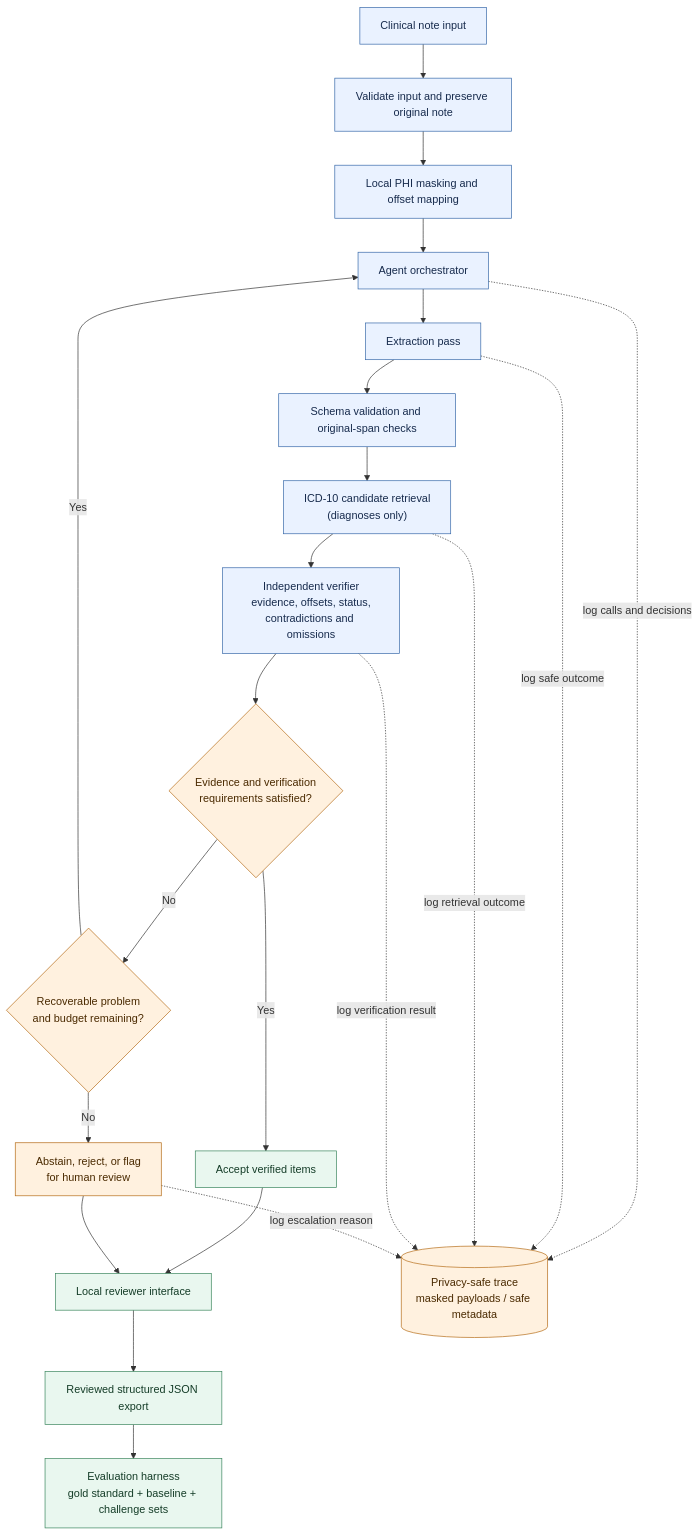
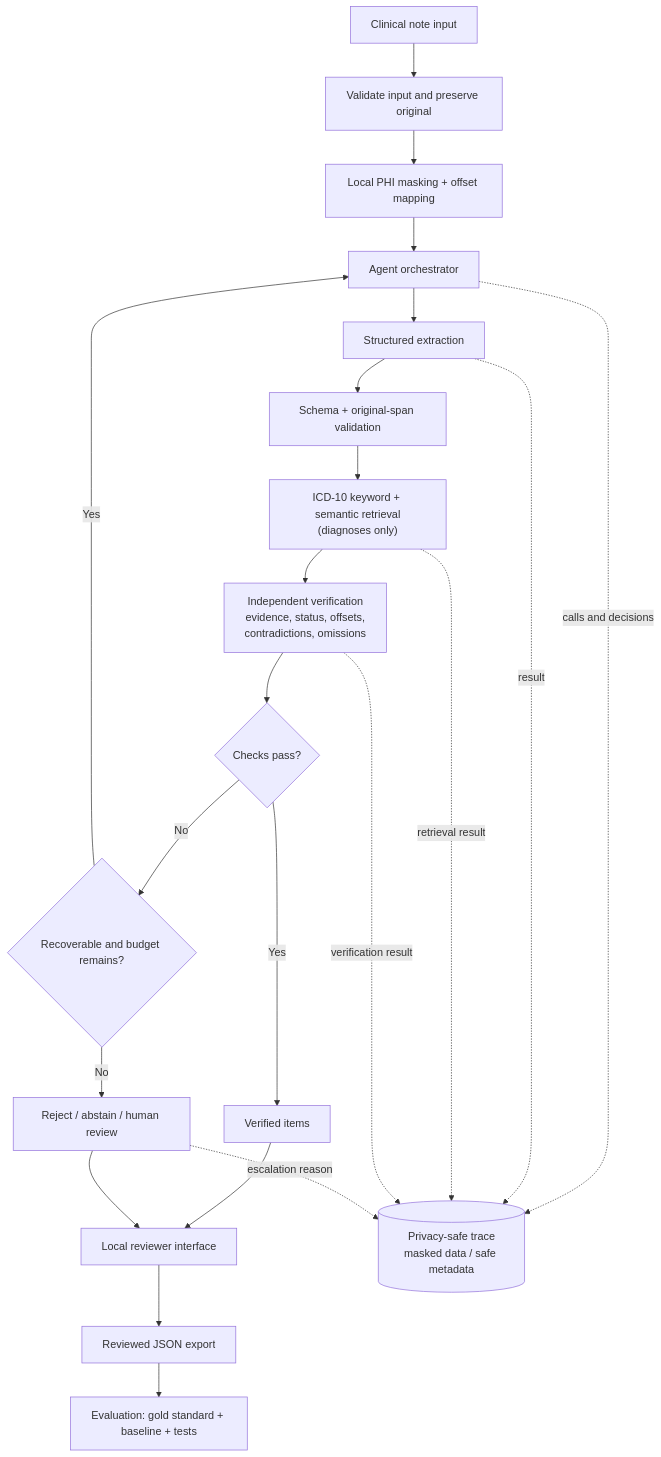
One commit to krupashetty004/clinical-note-extraction-agent changed the diagram in docs/architecture.md. Above: the diagram before and after it, drawn with Mermaid. The commit also changed other lines of this file, not shown here.

Commit message:
Trim combined architecture submission to essential requirements

````diff
--- a/docs/architecture.md
+++ b/docs/architecture.md
@@ -40,38 +34,26 @@
 ```mermaid
 flowchart TD
-    A["Clinical note input"] --> B["Validate input and preserve original note"]
-    B --> C["Local PHI masking and offset mapping"]
+    A["Clinical note input"] --> B["Validate input and preserve original"]
+    B --> C["Local PHI masking + offset mapping"]
     C --> O["Agent orchestrator"]
-
-    O --> E["Extraction pass"]
-    E --> S["Schema validation and original-span checks"]
-    S --> R["ICD-10 candidate retrieval<br/>(diagnoses only)"]
-    R --> V["Independent verifier<br/>evidence, offsets, status,<br/>contradictions and omissions"]
-
-    V --> D{"Evidence and verification<br/>requirements satisfied?"}
-    D -->|Yes| AC["Accept verified items"]
-    D -->|No| RET{"Recoverable problem<br/>and budget remaining?"}
-    RET -->|Yes| O
-    RET -->|No| H["Abstain, reject, or flag<br/>for human review"]
-
+    O --> E["Structured extraction"]
+    E --> S["Schema + original-span validation"]
+    S --> R["ICD-10 keyword + semantic retrieval<br/>(diagnoses only)"]
+    R --> V["Independent verification<br/>evidence, status, offsets,<br/>contradictions, omissions"]
+    V --> D{"Checks pass?"}
+    D -->|Yes| AC["Verified items"]
+    D -->|No| X{"Recoverable and budget remains?"}
+    X -->|Yes| O
+    X -->|No| H["Reject / abstain / human review"]
     AC --> UI["Local reviewer interface"]
     H --> UI
-    UI --> OUT["Reviewed structured JSON export"]
+    UI --> J["Reviewed JSON export"]
+    J --> G["Evaluation: gold standard + baseline + tests"]
 
-    T[("Privacy-safe trace<br/>masked payloads / safe metadata")]
-    O -. "log calls and decisions" .-> T
-    E -. "log safe outcome" .-> T
-    R -. "log retrieval outcome" .-> T
-    V -. "log verification result" .-> T
-    H -. "log escalation reason" .-> T
-
-    G["Evaluation harness<br/>gold standard + baseline + challenge sets"]
-    OUT --> G
-
-    classDef primary fill:#eaf2ff,stroke:#3567a8,color:#172b4d;
-    classDef safety fill:#fff1df,stroke:#b46a15,color:#4a2a00;
-    classDef result fill:#e9f7ef,stroke:#38845b,color:#153d28;
-    class A,B,C,O,E,S,R,V primary;
-    class D,RET,H,T safety;
-    class AC,UI,OUT,G result;
+    T[("Privacy-safe trace<br/>masked data / safe metadata")]
+    O -. calls and decisions .-> T
+    E -. result .-> T
+    R -. retrieval result .-> T
+    V -. verification result .-> T
+    H -. escalation reason .-> T
 ```
````
